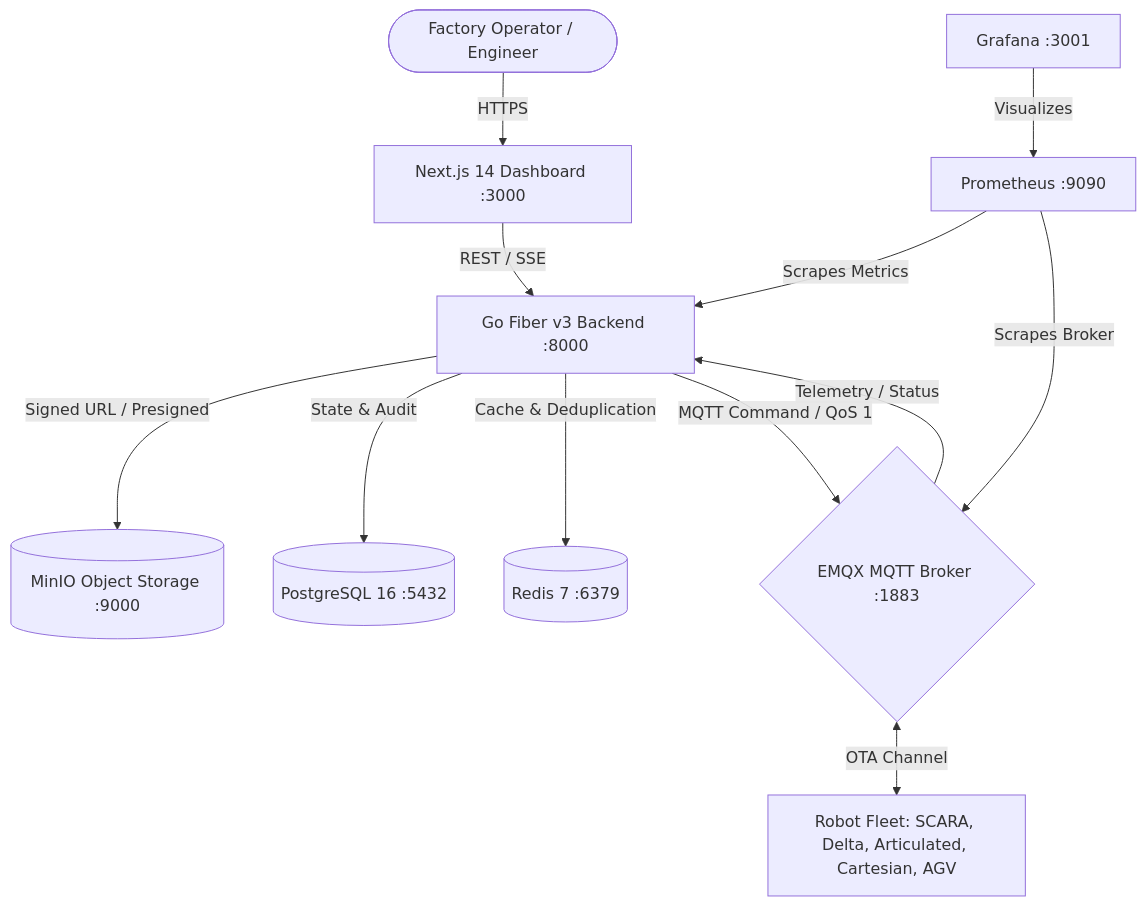
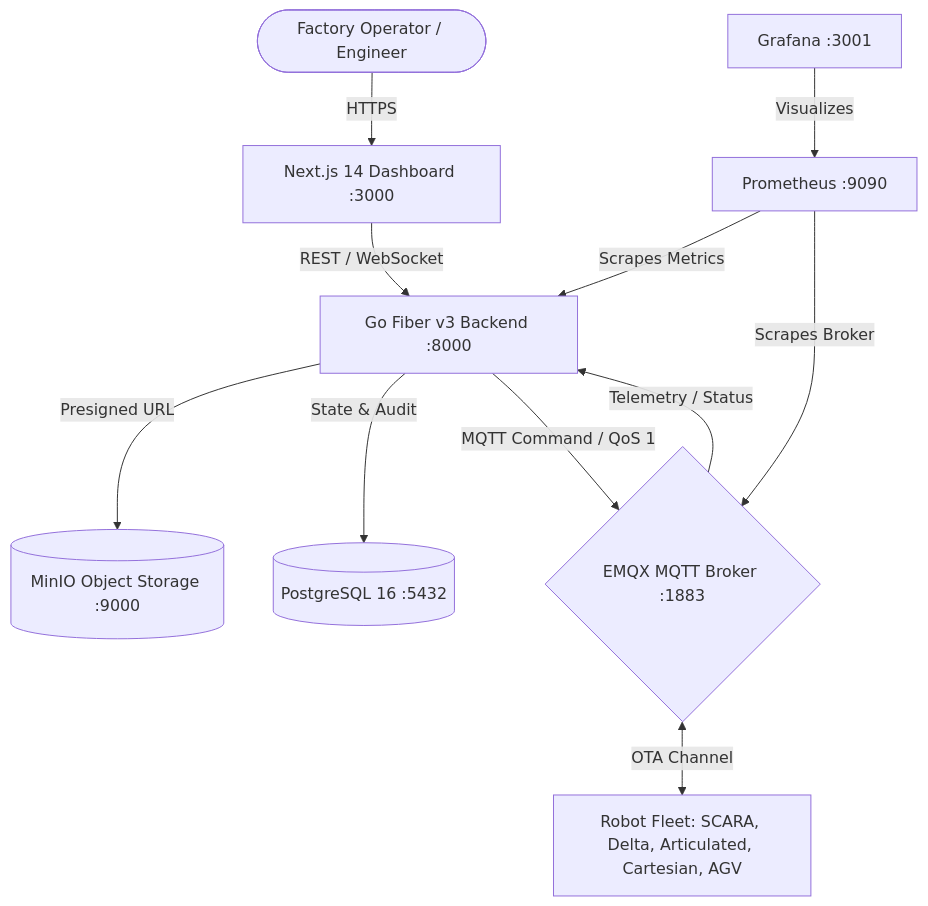
The diagram in README.md (50kthaipat/ota-robot-system), drawn with Mermaid before and after one commit. The commit also changed other lines of this file and 17 other files, not shown here.

````diff
--- a/README.md
+++ b/README.md
@@ -62,14 +59,13 @@
 ```mermaid
 graph TD
     User([Factory Operator / Engineer]) -->|HTTPS| Web[Next.js 14 Dashboard :3000]
-    Web -->|REST / SSE| API[Go Fiber v3 Backend :8000]
-    API -->|Signed URL / Presigned| MinIO[(MinIO Object Storage :9000)]
+    Web -->|REST / WebSocket| API[Go Fiber v3 Backend :8000]
+    API -->|Presigned URL| MinIO[(MinIO Object Storage :9000)]
     API -->|State & Audit| DB[(PostgreSQL 16 :5432)]
-    API -->|Cache & Deduplication| Redis[(Redis 7 :6379)]
     API -->|MQTT Command / QoS 1| EMQX{EMQX MQTT Broker :1883}
     EMQX -->|Telemetry / Status| API
     EMQX <-->|OTA Channel| Fleet[Robot Fleet: SCARA, Delta, Articulated, Cartesian, AGV]
     Prometheus[Prometheus :9090] -->|Scrapes Metrics| API
     Prometheus -->|Scrapes Broker| EMQX
     Grafana[Grafana :3001] -->|Visualizes| Prometheus
 ```
````
